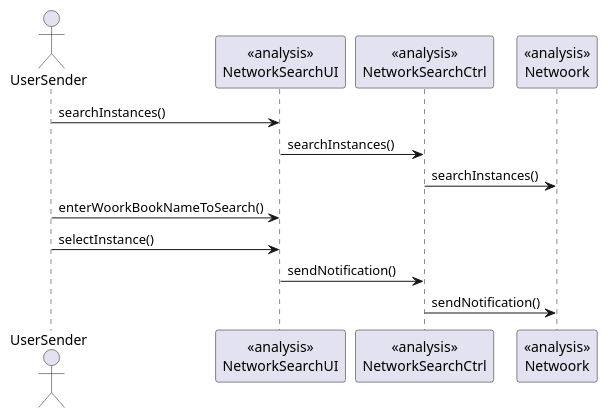
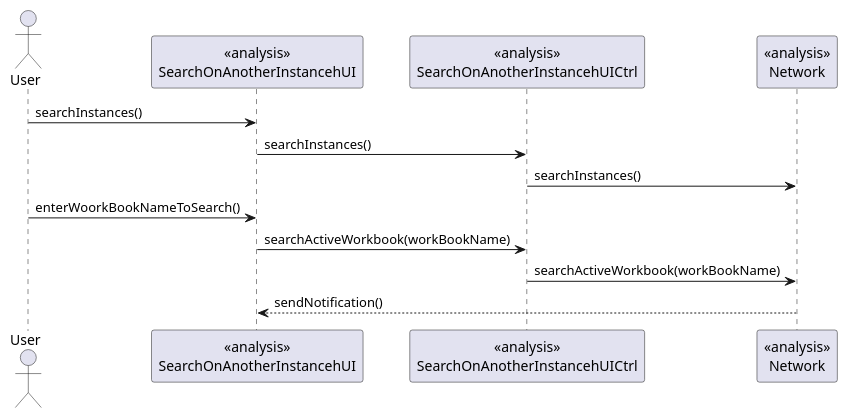
One commit to 1130348/Confusao changed the diagram in src/csheets/userstories/ipc03_02/network_search/i130386/draft_network_search.puml. Above: the diagram before and after it, drawn with PlantUML. The commit also changed 2 other files, not shown here.

```diff
--- a/src/csheets/userstories/ipc03_02/network_search/i130386/draft_network_search.puml
+++ b/src/csheets/userstories/ipc03_02/network_search/i130386/draft_network_search.puml
@@ -1,13 +1,13 @@
 @startuml doc-files/draft_network_search.png
- actor UserSender as User
- participant "<<analysis>>\nNetworkSearchUI" as UI
- participant "<<analysis>>\nNetworkSearchCtrl" as ctrl
- participant "<<analysis>>\nNetwoork" as net
+ actor User as User
+ participant "<<analysis>>\nSearchOnAnotherInstancehUI" as UI
+ participant "<<analysis>>\nSearchOnAnotherInstancehUICtrl" as ctrl
+ participant "<<analysis>>\nNetwork" as net
 User -> UI : searchInstances()
 UI -> ctrl : searchInstances()
 ctrl -> net : searchInstances()
 User -> UI : enterWoorkBookNameToSearch()
-User -> UI : selectInstance()
-UI -> ctrl : sendNotification()
-ctrl -> net : sendNotification()
+UI -> ctrl : searchActiveWorkbook(workBookName)
+ctrl -> net : searchActiveWorkbook(workBookName)
+net --> UI : sendNotification()
 @enduml
```
